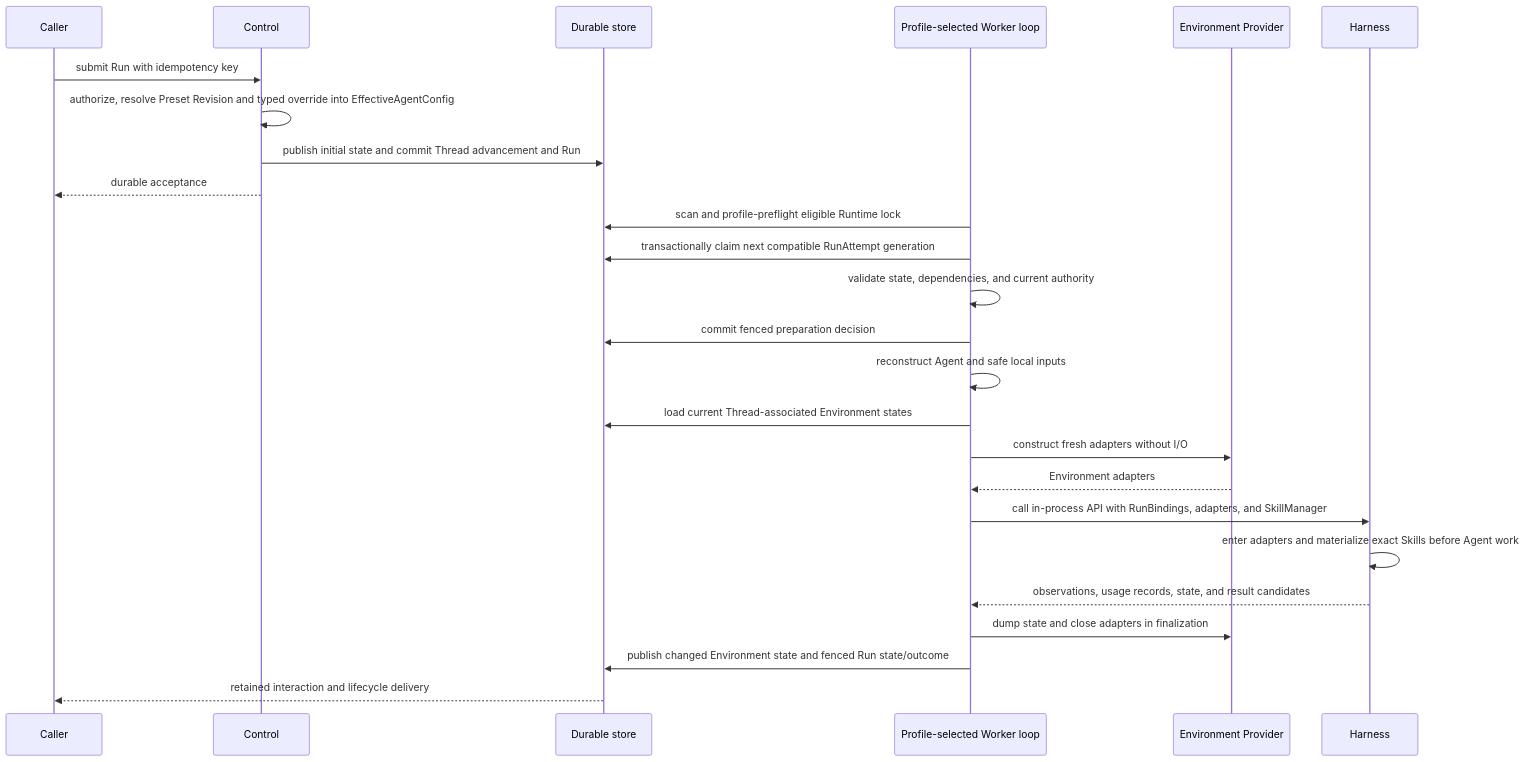
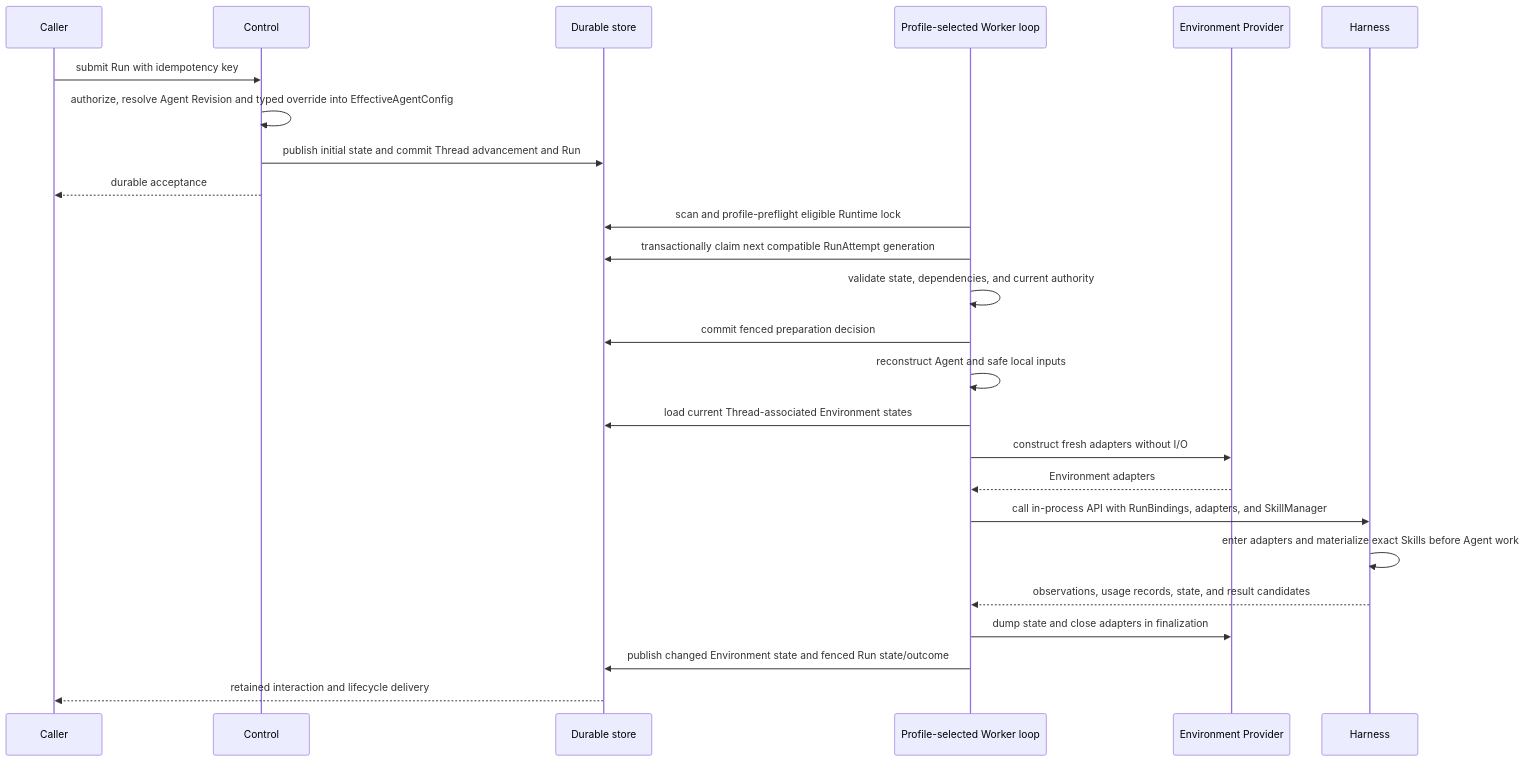
Before and after one commit to LTThreeComma/agent-foundation: the fourth of 5 diagrams in spec/foundation-service/00-overview.md, drawn with Mermaid. The commit also changed other lines of this file and 186 other files, not shown here.

````diff
--- a/spec/foundation-service/00-overview.md
+++ b/spec/foundation-service/00-overview.md
@@ -222,28 +222,28 @@
 ```mermaid
 sequenceDiagram
     participant Caller
     participant Control
     participant DB as Durable store
     participant Worker as Profile-selected Worker loop
     participant Provider as Environment Provider
     participant Harness
 
     Caller->>Control: submit Run with idempotency key
-    Control->>Control: authorize, resolve Preset Revision and typed override into EffectiveAgentConfig
+    Control->>Control: authorize, resolve Agent Revision and typed override into EffectiveAgentConfig
     Control->>DB: publish initial state and commit Thread advancement and Run
     Control-->>Caller: durable acceptance
     Worker->>DB: scan and profile-preflight eligible Runtime lock
     Worker->>DB: transactionally claim next compatible RunAttempt generation
     Worker->>Worker: validate state, dependencies, and current authority
     Worker->>DB: commit fenced preparation decision
     Worker->>Worker: reconstruct Agent and safe local inputs
     Worker->>DB: load current Thread-associated Environment states
     Worker->>Provider: construct fresh adapters without I/O
     Provider-->>Worker: Environment adapters
     Worker->>Harness: call in-process API with RunBindings, adapters, and SkillManager
     Harness->>Harness: enter adapters and materialize exact Skills before Agent work
     Harness-->>Worker: observations, usage records, state, and result candidates
     Worker->>Provider: dump state and close adapters in finalization
     Worker->>DB: publish changed Environment state and fenced Run state/outcome
     DB-->>Caller: retained interaction and lifecycle delivery
 ```
````
